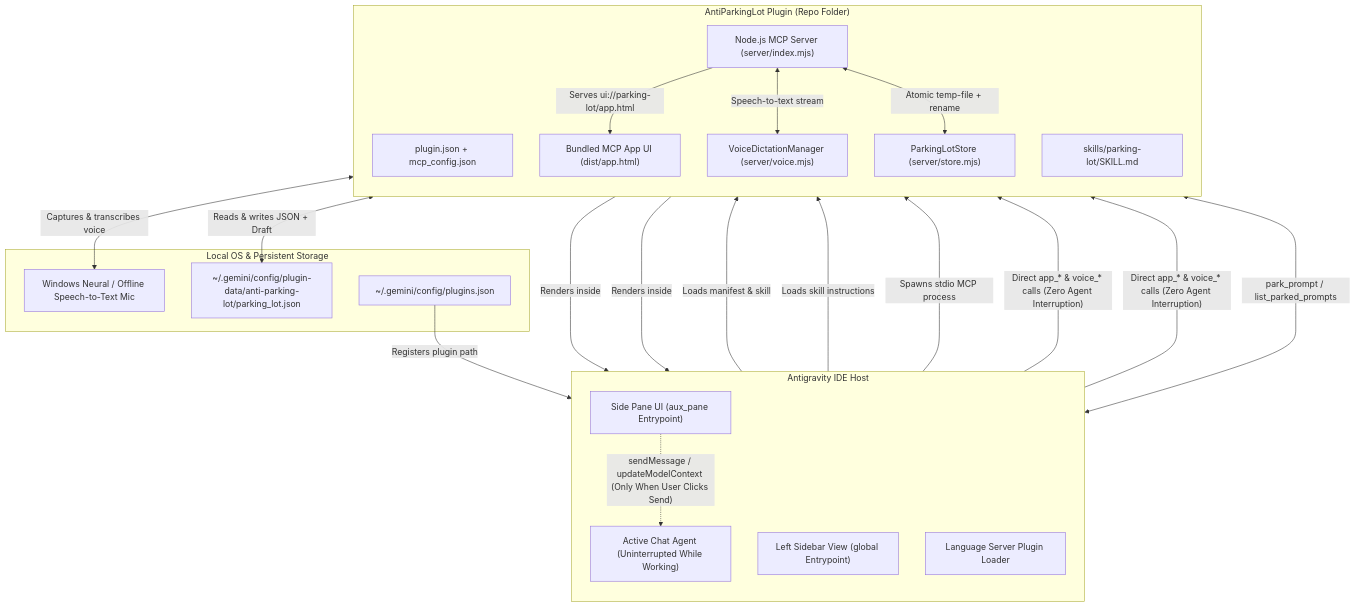
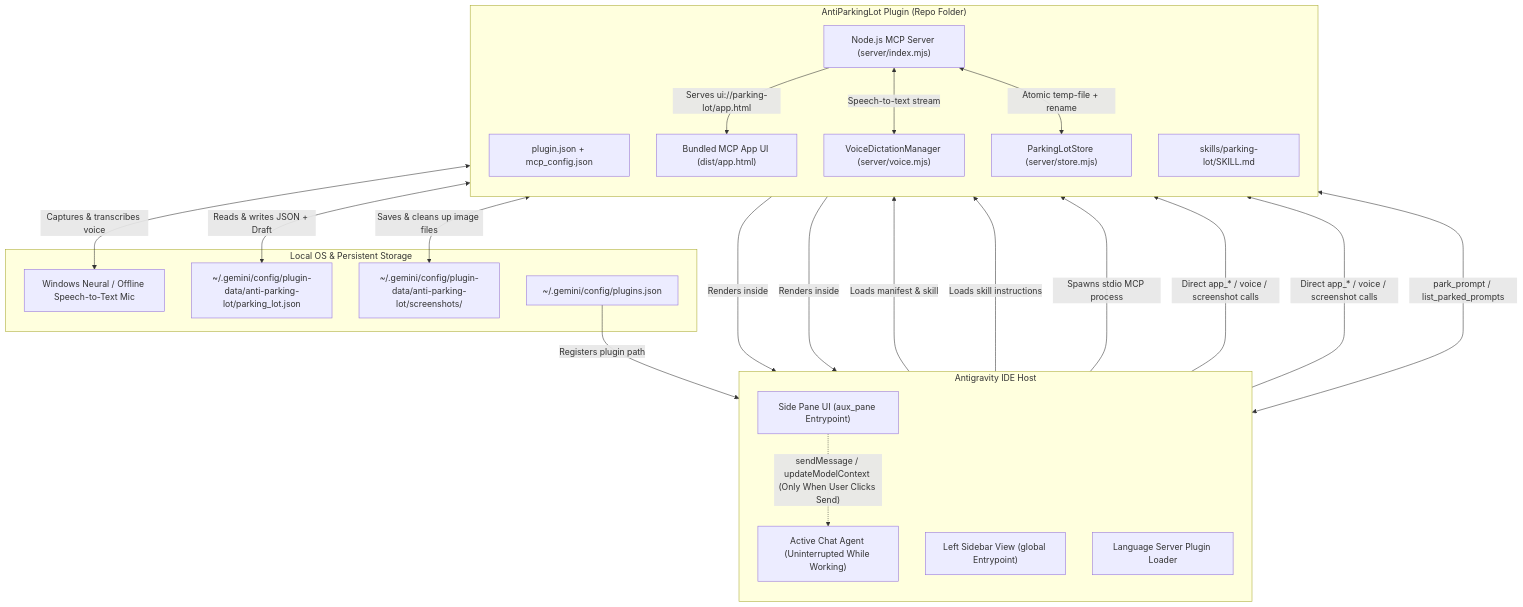
Before and after one commit to jmbreckel/AntiParkingLot: the diagram in documentation/architecture.md, drawn with Mermaid. The commit also changed other lines of this file and 25 other files, not shown here.

Commit message:
Release v1.1.0: Add screenshot attachments, in-app help, and updated docs

````diff
--- a/documentation/architecture.md
+++ b/documentation/architecture.md
@@ -15,45 +15,47 @@
 ```mermaid
 flowchart TB
     subgraph Host["Antigravity IDE Host"]
         direction TB
         SidePane["Side Pane UI (aux_pane Entrypoint)"]
         Sidebar["Left Sidebar View (global Entrypoint)"]
         ChatAgent["Active Chat Agent (Uninterrupted While Working)"]
         Discovery["Language Server Plugin Loader"]
     end
 
     subgraph Plugin["AntiParkingLot Plugin (Repo Folder)"]
         direction TB
         Manifests["plugin.json + mcp_config.json"]
         Skill["skills/parking-lot/SKILL.md"]
         UIApp["Bundled MCP App UI (dist/app.html)"]
         MCPServer["Node.js MCP Server (server/index.mjs)"]
         Voice["VoiceDictationManager (server/voice.mjs)"]
         Store["ParkingLotStore (server/store.mjs)"]
     end
 
     subgraph OS["Local OS & Persistent Storage"]
         Mic["Windows Neural / Offline Speech-to-Text Mic"]
         JSONFile["~/.gemini/config/plugin-data/anti-parking-lot/parking_lot.json"]
+        ShotsDir["~/.gemini/config/plugin-data/anti-parking-lot/screenshots/"]
         GlobalReg["~/.gemini/config/plugins.json"]
     end
 
     GlobalReg -->|"Registers plugin path"| Discovery
     Discovery -->|"Loads manifest & skill"| Manifests
     Discovery -->|"Loads skill instructions"| Skill
     Discovery -->|"Spawns stdio MCP process"| MCPServer
 
     MCPServer -->|"Serves ui://parking-lot/app.html"| UIApp
     UIApp -->|"Renders inside"| SidePane
     UIApp -->|"Renders inside"| Sidebar
 
-    SidePane -->|"Direct app_* & voice_* calls (Zero Agent Interruption)"| MCPServer
-    Sidebar -->|"Direct app_* & voice_* calls (Zero Agent Interruption)"| MCPServer
+    SidePane -->|"Direct app_* / voice / screenshot calls"| MCPServer
+    Sidebar -->|"Direct app_* / voice / screenshot calls"| MCPServer
     SidePane -.->|"sendMessage / updateModelContext (Only When User Clicks Send)"| ChatAgent
     ChatAgent <-->|"park_prompt / list_parked_prompts"| MCPServer
 
     MCPServer <-->|"Speech-to-text stream"| Voice
     Voice <-->|"Captures & transcribes voice"| Mic
     MCPServer <-->|"Atomic temp-file + rename"| Store
     Store <-->|"Reads & writes JSON + Draft"| JSONFile
+    Store <-->|"Saves & cleans up image files"| ShotsDir
 ```
````
